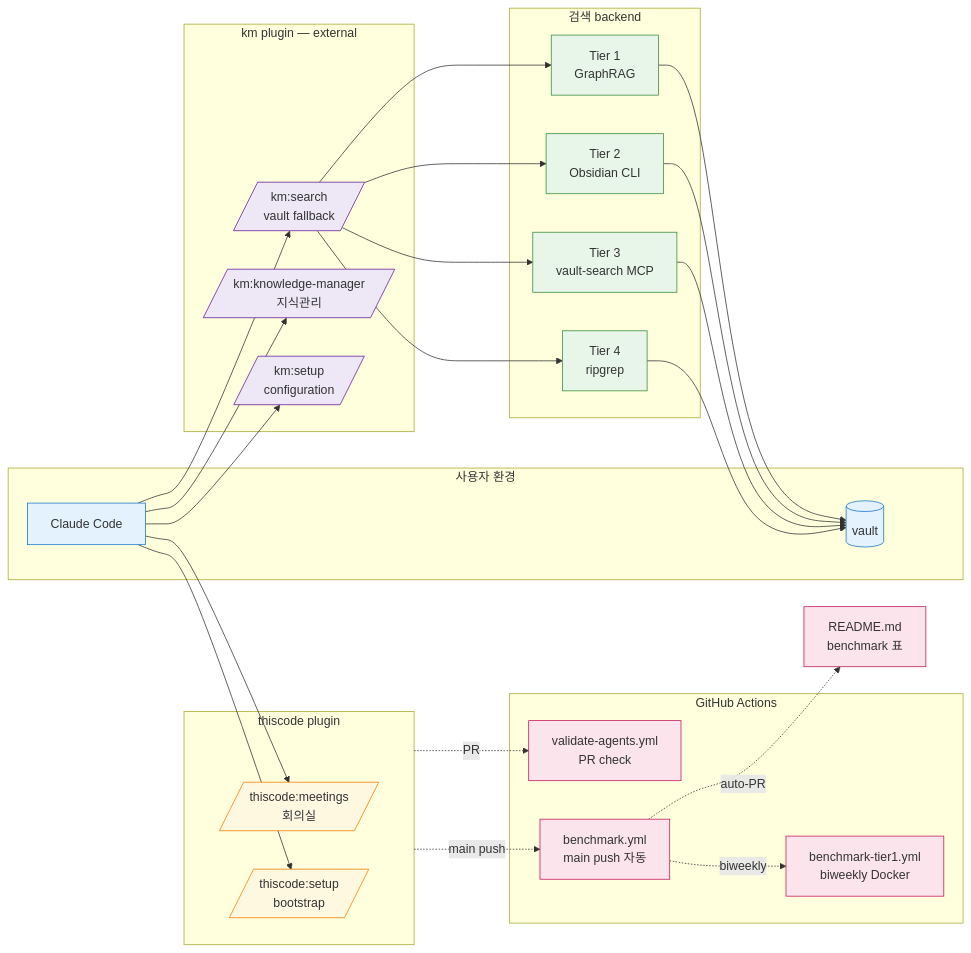
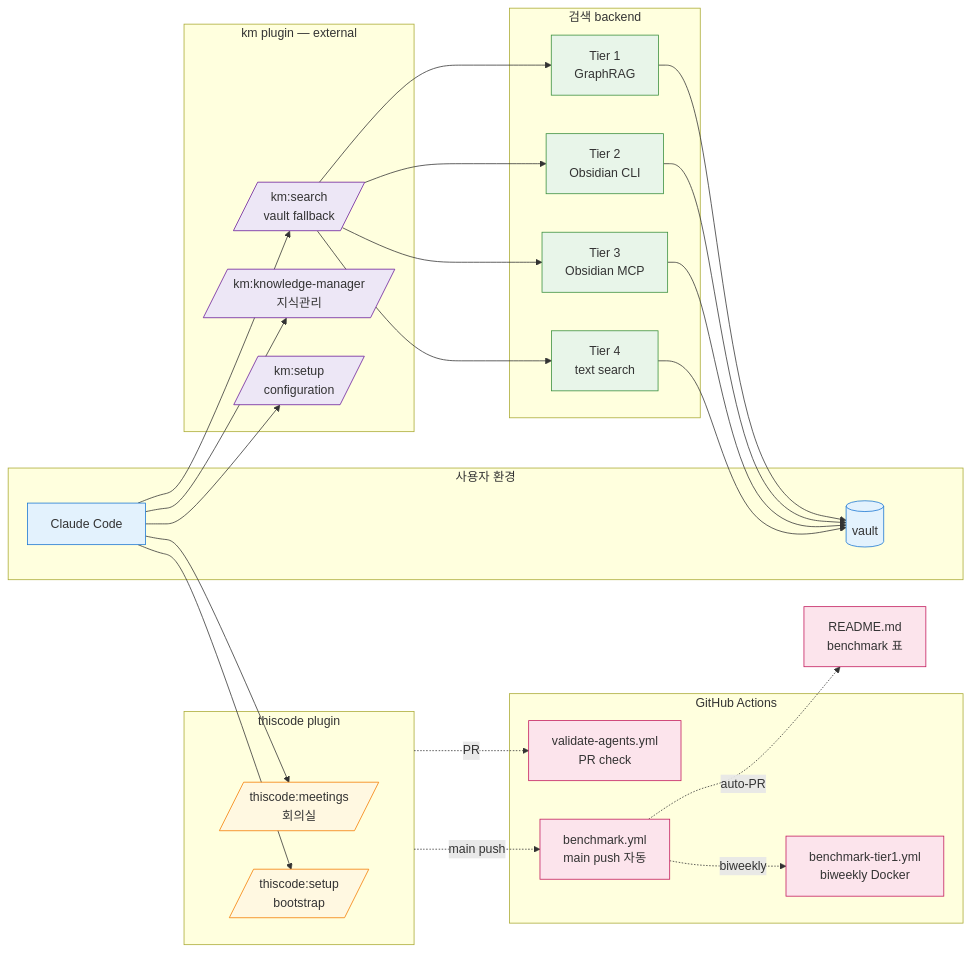
Before and after one commit to treylom/ThisCode: the sixth of 6 diagrams in docs/ARCHITECTURE.md, drawn with Mermaid. The commit also changed other lines of this file and 53 other files, not shown here.

````diff
--- a/docs/ARCHITECTURE.md
+++ b/docs/ARCHITECTURE.md
@@ -152,63 +154,63 @@
 ```mermaid
 flowchart LR
     subgraph User[사용자 환경]
         CC[Claude Code]
         Vault[(vault)]
     end
 
     subgraph Plugin[thiscode plugin]
         Meet[/thiscode:meetings<br/>회의실/]
         Setup[/thiscode:setup<br/>bootstrap/]
     end
 
     subgraph KMPlugin[km plugin — external]
         Search[/km:search<br/>vault fallback/]
         Knowledge[/km:knowledge-manager<br/>지식관리/]
         KMSetup[/km:setup<br/>configuration/]
     end
 
     subgraph Backend[검색 backend]
         T1[Tier 1<br/>GraphRAG]
         T2[Tier 2<br/>Obsidian CLI]
-        T3[Tier 3<br/>vault-search MCP]
-        T4[Tier 4<br/>ripgrep]
+        T3[Tier 3<br/>Obsidian MCP]
+        T4[Tier 4<br/>text search]
     end
 
     subgraph CI[GitHub Actions]
         VA[validate-agents.yml<br/>PR check]
         BM[benchmark.yml<br/>main push 자동]
         BT1[benchmark-tier1.yml<br/>biweekly Docker]
     end
 
     CC --> Search
     CC --> Knowledge
     CC --> KMSetup
     CC --> Meet
     CC --> Setup
 
     Search --> T1
     Search --> T2
     Search --> T3
     Search --> T4
 
     T1 --> Vault
     T2 --> Vault
     T3 --> Vault
     T4 --> Vault
 
     Plugin -.PR.-> VA
     Plugin -.main push.-> BM
     BM -.biweekly.-> BT1
     BM -.auto-PR.-> README[README.md<br/>benchmark 표]
 
     classDef user fill:#e3f2fd,stroke:#1976d2
     classDef plugin fill:#fff8e1,stroke:#f57c00
     classDef external fill:#ede7f6,stroke:#6a1b9a
     classDef backend fill:#e8f5e9,stroke:#388e3c
     classDef ci fill:#fce4ec,stroke:#c2185b
     class CC,Vault user
     class Meet,Setup plugin
     class Search,Knowledge,KMSetup external
     class T1,T2,T3,T4 backend
     class VA,BM,BT1,README ci
 ```
````
